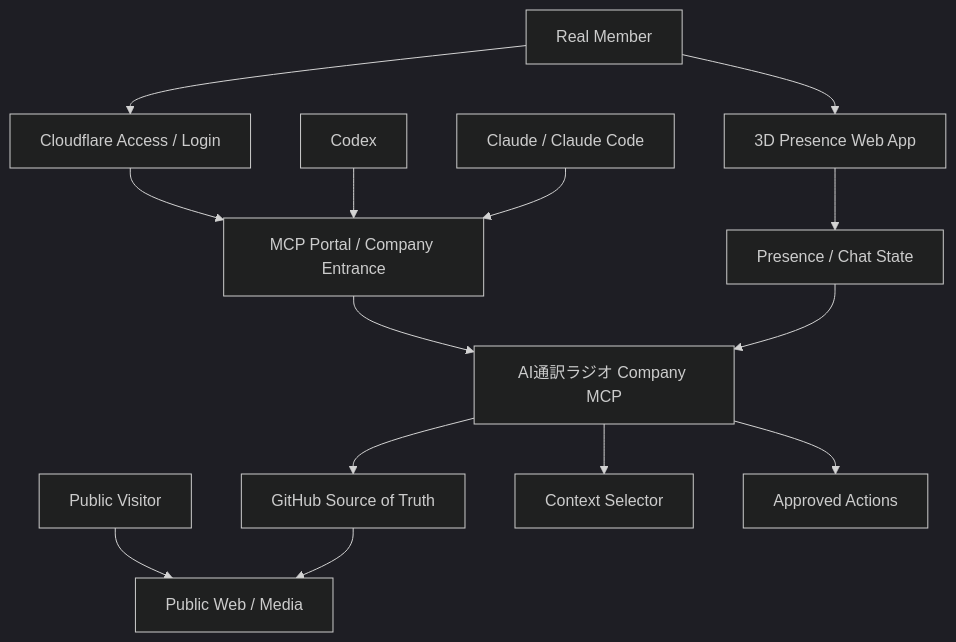
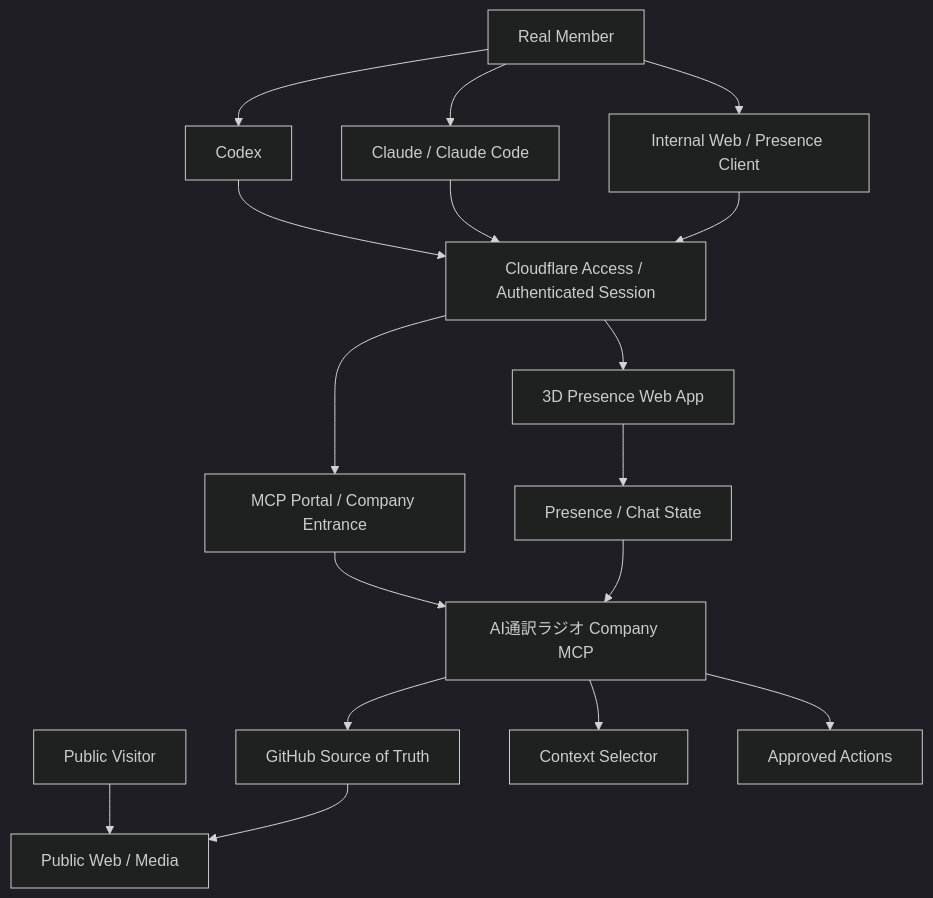
Before and after one commit to kazu326/ai-tsuyaku-radio: the first of 2 diagrams in docs/SYSTEM_ARCHITECTURE.md, drawn with Mermaid (dark theme).

Commit message:
docs: route AI clients through Cloudflare access

````diff
--- a/docs/SYSTEM_ARCHITECTURE.md
+++ b/docs/SYSTEM_ARCHITECTURE.md
@@ -25,21 +25,24 @@
 ```mermaid
 flowchart TD
     Public[Public Visitor] --> PublicWeb[Public Web / Media]
 
-    Member[Real Member] --> Access[Cloudflare Access / Login]
+    Member[Real Member] --> Codex[Codex]
+    Member --> Claude[Claude / Claude Code]
+    Member --> Browser[Internal Web / Presence Client]
+
+    Codex --> Access[Cloudflare Access / Authenticated Session]
+    Claude --> Access
+    Browser --> Access
     Access --> Portal[MCP Portal / Company Entrance]
-
-    Codex[Codex] --> Portal
-    Claude[Claude / Claude Code] --> Portal
 
     Portal --> CompanyMCP[AI通訳ラジオ Company MCP]
     CompanyMCP --> GitHub[GitHub Source of Truth]
     CompanyMCP --> Context[Context Selector]
     CompanyMCP --> Actions[Approved Actions]
 
-    Member --> Presence[3D Presence Web App]
+    Access --> Presence[3D Presence Web App]
     Presence --> PresenceState[Presence / Chat State]
     PresenceState --> CompanyMCP
 
     GitHub --> PublicWeb
 ```
````
